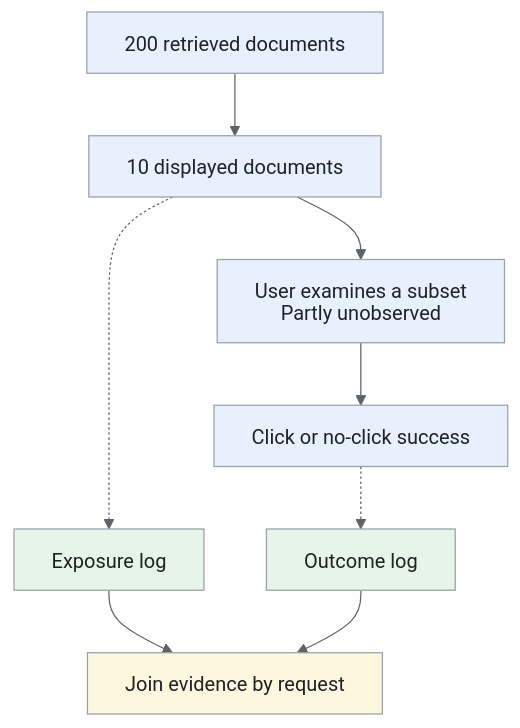
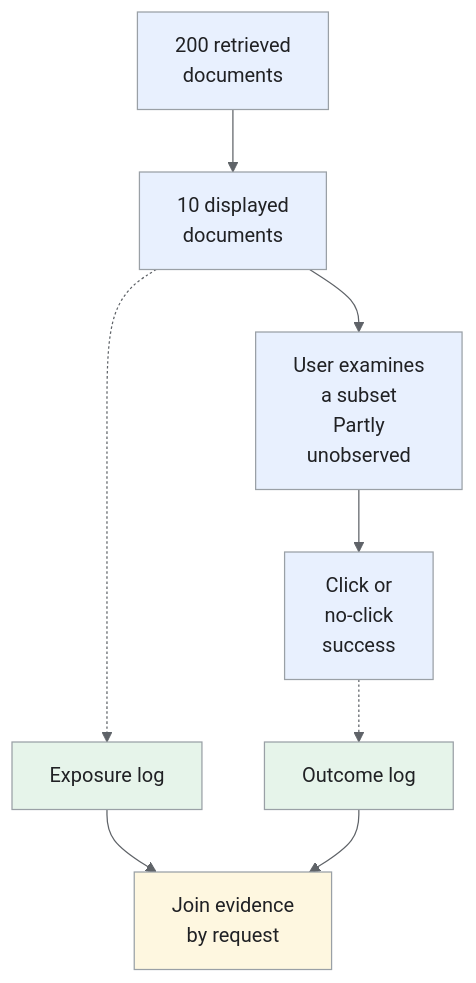
One commit to iliazlobin/iliazlobin.github.io changed the fifth of 6 diagrams in _designs/system-design-ml-search-ranking-web-search.md. Above: the diagram before and after it, drawn with Mermaid. The commit also changed other lines of this file and 116 other files, not shown here.

````diff
--- a/_designs/system-design-ml-search-ranking-web-search.md
+++ b/_designs/system-design-ml-search-ranking-web-search.md
@@ -317,18 +347,18 @@
 ```mermaid
-%%{init: {'theme':'base','htmlLabels':false,'flowchart':{'htmlLabels':false},'themeVariables':{'fontFamily':'Arial, sans-serif','primaryColor':'#e8f0fe','primaryTextColor':'#202124','primaryBorderColor':'#9aa0a6','lineColor':'#5f6368','secondaryColor':'#e6f4ea','tertiaryColor':'#fef7e0','actorBkg':'#e8f0fe','actorBorder':'#9aa0a6','actorTextColor':'#202124','noteBkgColor':'#fef7e0','noteTextColor':'#202124','noteBorderColor':'#9aa0a6','signalColor':'#5f6368','signalTextColor':'#202124','labelBoxBkgColor':'#fef7e0','labelBoxBorderColor':'#9aa0a6'}}}%%
+%%{init: {"theme":"base","themeVariables":{"primaryColor":"#e8f0fe","primaryTextColor":"#202124","primaryBorderColor":"#9aa0a6","lineColor":"#5f6368","secondaryColor":"#e6f4ea","tertiaryColor":"#fef7e0","actorBkg":"#e8f0fe","actorBorder":"#9aa0a6","actorTextColor":"#202124","noteBkgColor":"#fef7e0","noteTextColor":"#202124","noteBorderColor":"#9aa0a6","signalColor":"#5f6368","signalTextColor":"#202124","labelBoxBkgColor":"#fef7e0","labelBoxBorderColor":"#9aa0a6"}}}%%
 flowchart TB
-    A["200 retrieved documents"] --> B["10 displayed documents"]
-    B --> C["User examines a subset<br/>Partly unobserved"]
-    C --> D["Click or no-click success"]
+    A["200 retrieved<br>documents"] --> B["10 displayed<br>documents"]
+    B --> C["User examines<br>a subset<br>Partly<br>unobserved"]
+    C --> D["Click or<br>no-click<br>success"]
     B -.-> E["Exposure log"]
     D -.-> F["Outcome log"]
-    E --> G["Join evidence by request"]
+    E --> G["Join evidence<br>by request"]
     F --> G
     class A,B,C,D request;
     class E,F data;
     class G control;
 classDef request fill:#e8f0fe,stroke:#9aa0a6,color:#202124;
 classDef data fill:#e6f4ea,stroke:#9aa0a6,color:#202124;
 classDef control fill:#fef7e0,stroke:#9aa0a6,color:#202124;
 classDef danger fill:#fce8e6,stroke:#9aa0a6,color:#202124;
 ```
````
